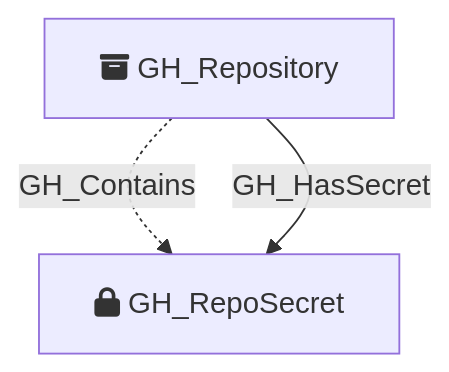
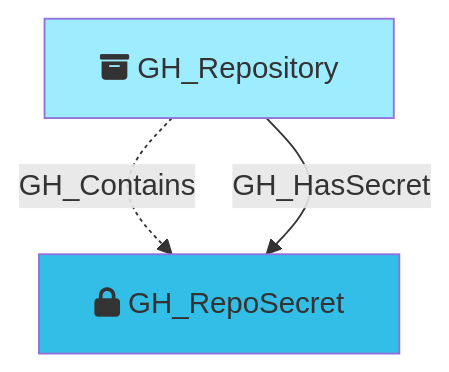
Before and after one commit to SpecterOps/bloodhound-docs: the diagram in docs/opengraph/extensions/githound/reference/nodes/gh_reposecret.mdx, drawn with Mermaid. The commit also changed other lines of this file and 52 other files, not shown here.

````diff
--- a/docs/opengraph/extensions/githound/reference/nodes/gh_reposecret.mdx
+++ b/docs/opengraph/extensions/githound/reference/nodes/gh_reposecret.mdx
@@ -47,9 +60,11 @@
 ```mermaid
 flowchart TD
     GH_RepoSecret[fa:fa-lock GH_RepoSecret]
     GH_Repository[fa:fa-box-archive GH_Repository]
 
+    style GH_RepoSecret fill:#32BEE6
+    style GH_Repository fill:#9EECFF
 
     GH_Repository -.->|GH_Contains| GH_RepoSecret
     GH_Repository -->|GH_HasSecret| GH_RepoSecret
 ```
````
